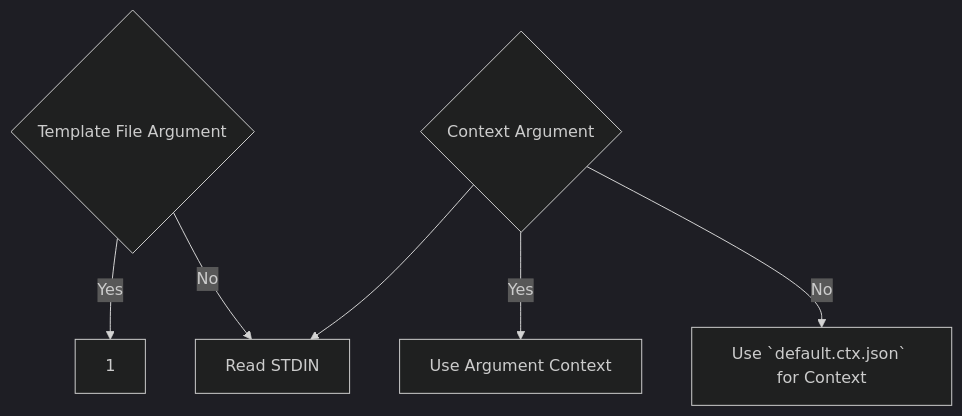
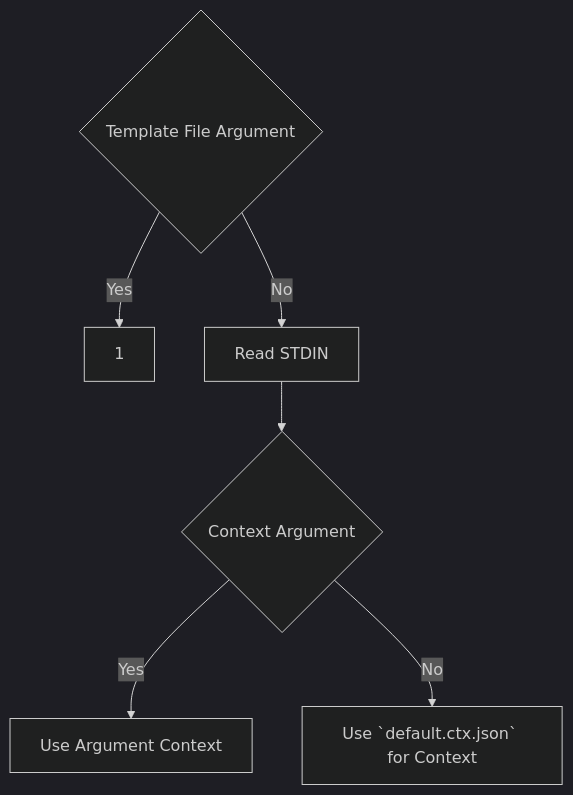
One commit to DK26/rendit changed the diagram in rfcs/00-cli.md. Above: the diagram before and after it, drawn with Mermaid (dark theme).

Commit message:
md graph

````diff
--- a/rfcs/00-cli.md
+++ b/rfcs/00-cli.md
@@ -8,10 +8,10 @@
 ```mermaid
 graph TD;
     A{Template File Argument};
     A--> |Yes| B[1];
     A--> |No| F[Read STDIN];
-    C-->F;
+    F-->C;
     C{Context Argument};
     C--> |Yes| E[Use Argument Context];
     C--> |No| D[Use `default.ctx.json` for Context];
 ```  
````
